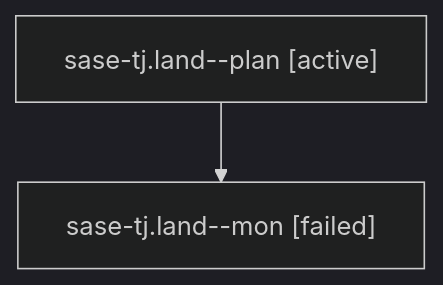
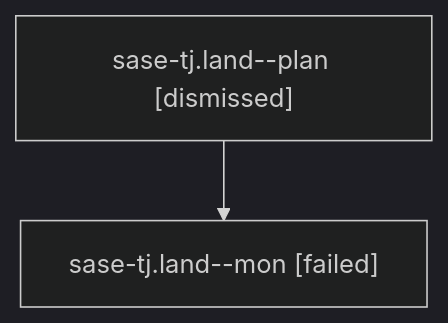
One commit to sase-org/sase--agents changed the diagram in sessions/bbugyi200.athena.sase-tj.land.md. Above: the diagram before and after it, drawn with Mermaid (dark theme). The commit also changed other lines of this file and 148 other files, not shown here.

````diff
--- a/sessions/bbugyi200.athena.sase-tj.land.md
+++ b/sessions/bbugyi200.athena.sase-tj.land.md
@@ -9,6 +9,6 @@
 ```mermaid
 flowchart TD
-  n0["sase-tj.land--plan [active]"]
+  n0["sase-tj.land--plan [dismissed]"]
   n1["sase-tj.land--mon [failed]"]
   n0 --> n1
 ```
````
